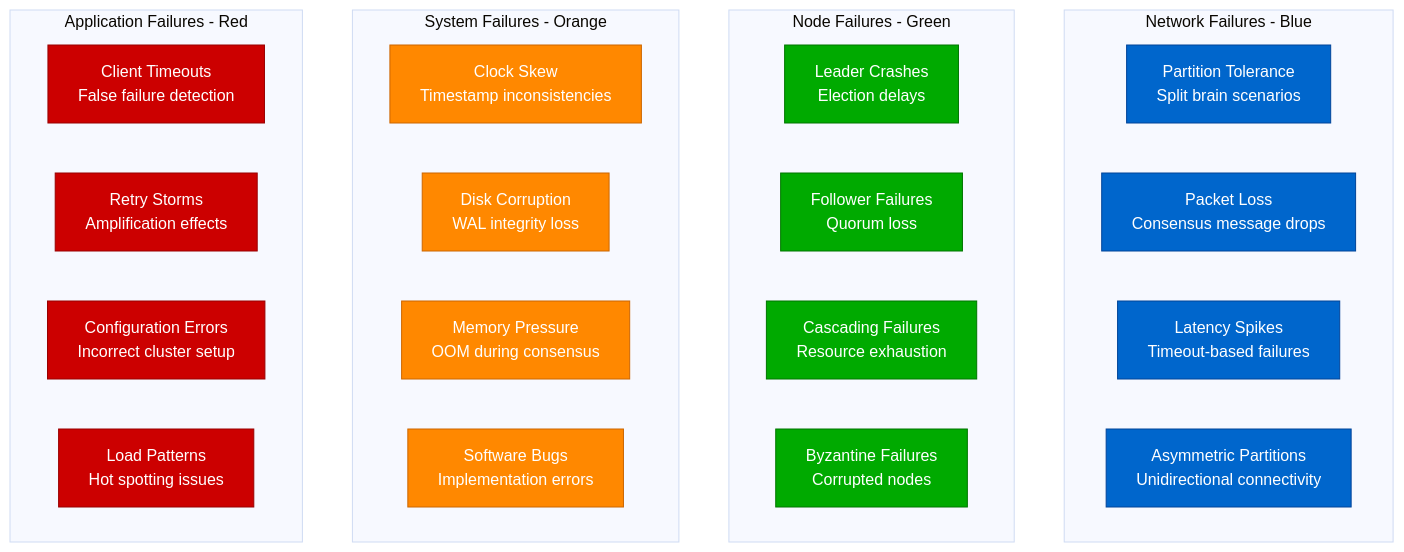
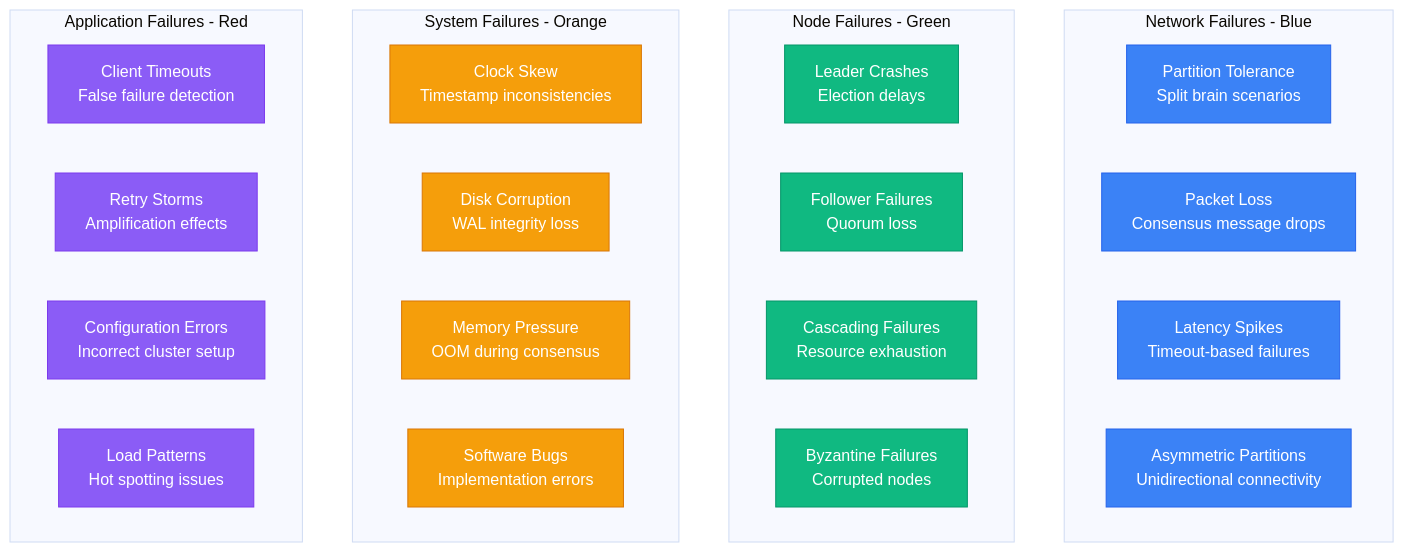
One commit to deepaucksharma/DS changed the first of 10 diagrams in site/docs/guarantees/linearizability/linearizability-failures.md. Above: the diagram before and after it, drawn with Mermaid (base theme). The commit also changed other lines of this file and 303 other files, not shown here.

````diff
--- a/site/docs/guarantees/linearizability/linearizability-failures.md
+++ b/site/docs/guarantees/linearizability/linearizability-failures.md
@@ -9,41 +9,41 @@
 ```mermaid
 graph TB
     subgraph NetworkFailures[Network Failures - Blue]
         NF1[Partition Tolerance<br/>Split brain scenarios]
         NF2[Packet Loss<br/>Consensus message drops]
         NF3[Latency Spikes<br/>Timeout-based failures]
         NF4[Asymmetric Partitions<br/>Unidirectional connectivity]
     end
 
     subgraph NodeFailures[Node Failures - Green]
         NoF1[Leader Crashes<br/>Election delays]
         NoF2[Follower Failures<br/>Quorum loss]
         NoF3[Cascading Failures<br/>Resource exhaustion]
         NoF4[Byzantine Failures<br/>Corrupted nodes]
     end
 
     subgraph SystemFailures[System Failures - Orange]
         SF1[Clock Skew<br/>Timestamp inconsistencies]
         SF2[Disk Corruption<br/>WAL integrity loss]
         SF3[Memory Pressure<br/>OOM during consensus]
         SF4[Software Bugs<br/>Implementation errors]
     end
 
     subgraph ApplicationFailures[Application Failures - Red]
         AF1[Client Timeouts<br/>False failure detection]
         AF2[Retry Storms<br/>Amplification effects]
         AF3[Configuration Errors<br/>Incorrect cluster setup]
         AF4[Load Patterns<br/>Hot spotting issues]
     end
 
     %% Apply 4-plane colors
-    classDef networkStyle fill:#0066CC,stroke:#004499,color:#fff
-    classDef nodeStyle fill:#00AA00,stroke:#007700,color:#fff
-    classDef systemStyle fill:#FF8800,stroke:#CC6600,color:#fff
-    classDef appStyle fill:#CC0000,stroke:#990000,color:#fff
+    classDef networkStyle fill:#3B82F6,stroke:#2563EB,color:#fff
+    classDef nodeStyle fill:#10B981,stroke:#059669,color:#fff
+    classDef systemStyle fill:#F59E0B,stroke:#D97706,color:#fff
+    classDef appStyle fill:#8B5CF6,stroke:#7C3AED,color:#fff
 
     class NF1,NF2,NF3,NF4 networkStyle
     class NoF1,NoF2,NoF3,NoF4 nodeStyle
     class SF1,SF2,SF3,SF4 systemStyle
     class AF1,AF2,AF3,AF4 appStyle
 ```
````
